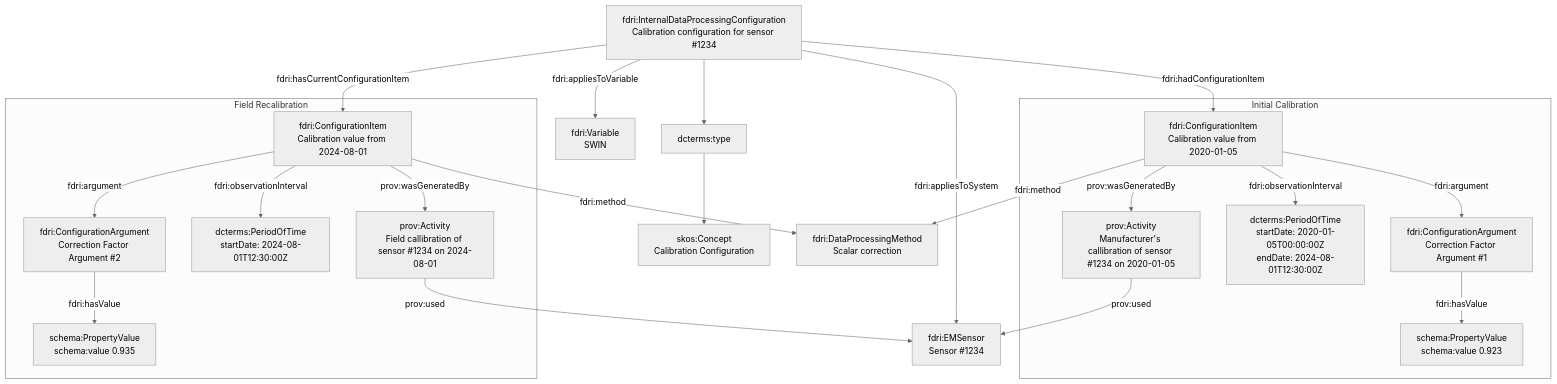
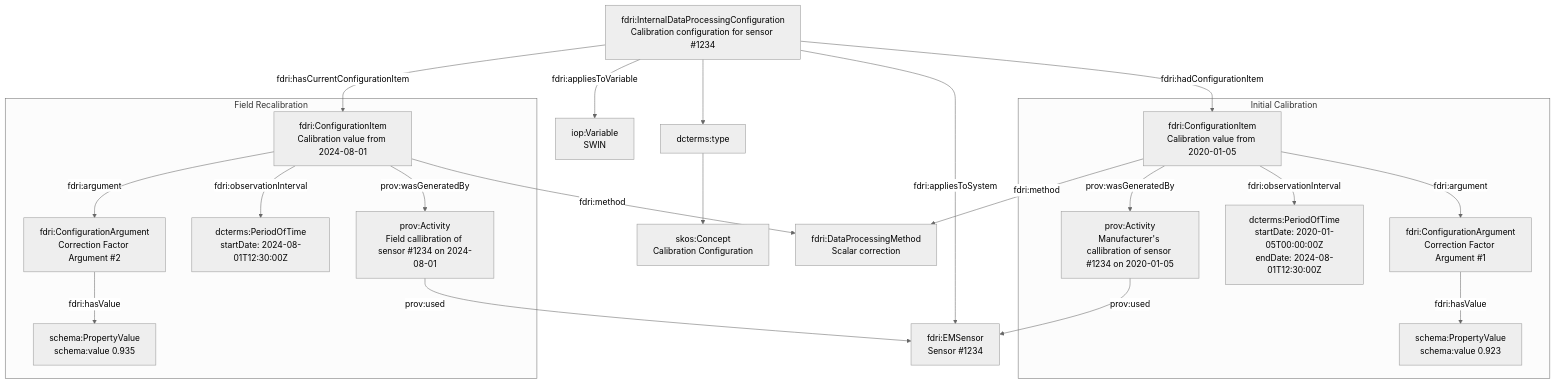
One commit to NERC-CEH/fdri-ontology changed the ninth of 9 diagrams in ontology/doc/sensor-system.md. Above: the diagram before and after it, drawn with Mermaid (neutral theme). The commit also changed other lines of this file and 7 other files, not shown here.

````diff
--- a/ontology/doc/sensor-system.md
+++ b/ontology/doc/sensor-system.md
@@ -244,55 +244,55 @@
 ```mermaid
 flowchart
 sensor["`fdri:EMSensor
 Sensor #1234`"]
-variable["`fdri:Variable
+variable["`iop:Variable
 SWIN`"]
 type["`skos:Concept
 Calibration Configuration`"]
 calibconfig["`fdri:InternalDataProcessingConfiguration
 Calibration configuration for sensor #1234`"]
 subgraph "Initial Calibration"
   calib1["`prov:Activity
     Manufacturer's callibration of sensor #1234 on 2020-01-05`"]
   calibconfig1["`fdri:ConfigurationItem
   Calibration value from 2020-01-05`"]
   calib1interval["`dcterms:PeriodOfTime
   startDate: 2020-01-05T00:00:00Z
   endDate: 2024-08-01T12:30:00Z`"]
   calibconfig1 -- fdri:observationInterval --> calib1interval
   calibconfig1 -- fdri:argument --> calibarg1
   calibarg1["`fdri:ConfigurationArgument
   Correction Factor Argument #1`"]
   calibval1["`schema:PropertyValue
   schema:value 0.923`"]
   calibarg1 -- fdri:hasValue --> calibval1
 end
 subgraph "Field Recalibration"
 calib2["`prov:Activity
   Field callibration of sensor #1234 on 2024-08-01`"]
   calibconfig2["`fdri:ConfigurationItem
   Calibration value from 2024-08-01`"]
   calib2interval["`dcterms:PeriodOfTime
   startDate: 2024-08-01T12:30:00Z`"]
   calibconfig2 -- fdri:observationInterval --> calib2interval
   calibarg2["`fdri:ConfigurationArgument
   Correction Factor Argument #2`"]
   calibconfig2 -- fdri:argument --> calibarg2
   calibval2["`schema:PropertyValue
   schema:value 0.935`"]
   calibarg2 -- fdri:hasValue --> calibval2
 end
 calibconfig -- fdri:hadConfigurationItem --> calibconfig1
 calibconfig -- fdri:hasCurrentConfigurationItem --> calibconfig2
 calibconfig -- fdri:appliesToSystem --> sensor
 calibconfig -- fdri:appliesToVariable --> variable
 calibconfig --> dcterms:type --> type
 calib1 -- prov:used --> sensor
 calib2 -- prov:used --> sensor
 calibconfig1 -- prov:wasGeneratedBy --> calib1
 calibconfig2 -- prov:wasGeneratedBy --> calib2
 scalar["`fdri:DataProcessingMethod
 Scalar correction`"]
 calibconfig1 -- fdri:method --> scalar
 calibconfig2 -- fdri:method --> scalar
 ```
````
